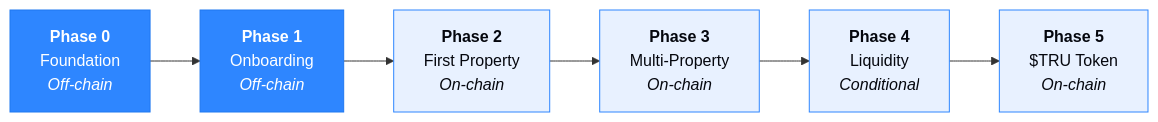
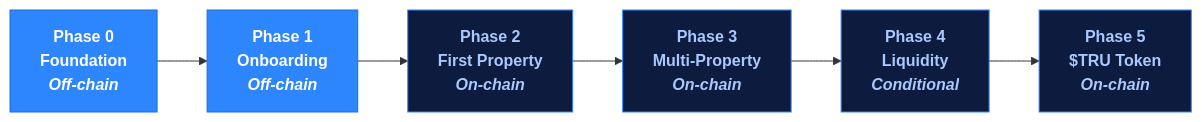
Before and after one commit to Gur-noor/Property-United: the diagram in docs/roadmap.md, drawn with Mermaid. The commit also changed 17 other files, not shown here.

````diff
--- a/docs/roadmap.md
+++ b/docs/roadmap.md
@@ -18,13 +18,13 @@
 ```mermaid
 flowchart LR
     P0["<b>Phase 0</b><br/>Foundation<br/><i>Off-chain</i>"] --> P1["<b>Phase 1</b><br/>Onboarding<br/><i>Off-chain</i>"]
     P1 --> P2["<b>Phase 2</b><br/>First Property<br/><i>On-chain</i>"]
     P2 --> P3["<b>Phase 3</b><br/>Multi-Property<br/><i>On-chain</i>"]
     P3 --> P4["<b>Phase 4</b><br/>Liquidity<br/><i>Conditional</i>"]
     P4 --> P5["<b>Phase 5</b><br/>$TRU Token<br/><i>On-chain</i>"]
 
-    classDef now fill:#2E86FF,stroke:#1f78f0,color:#fff;
-    classDef later fill:#e8f1ff,stroke:#2E86FF,color:#05070e;
+    classDef now fill:#2E86FF,stroke:#1a6fdd,color:#fff,font-weight:bold;
+    classDef later fill:#0d1b3e,stroke:#2E86FF,color:#a8c8ff,font-weight:600;
     class P0,P1 now;
     class P2,P3,P4,P5 later;
 ```
````
